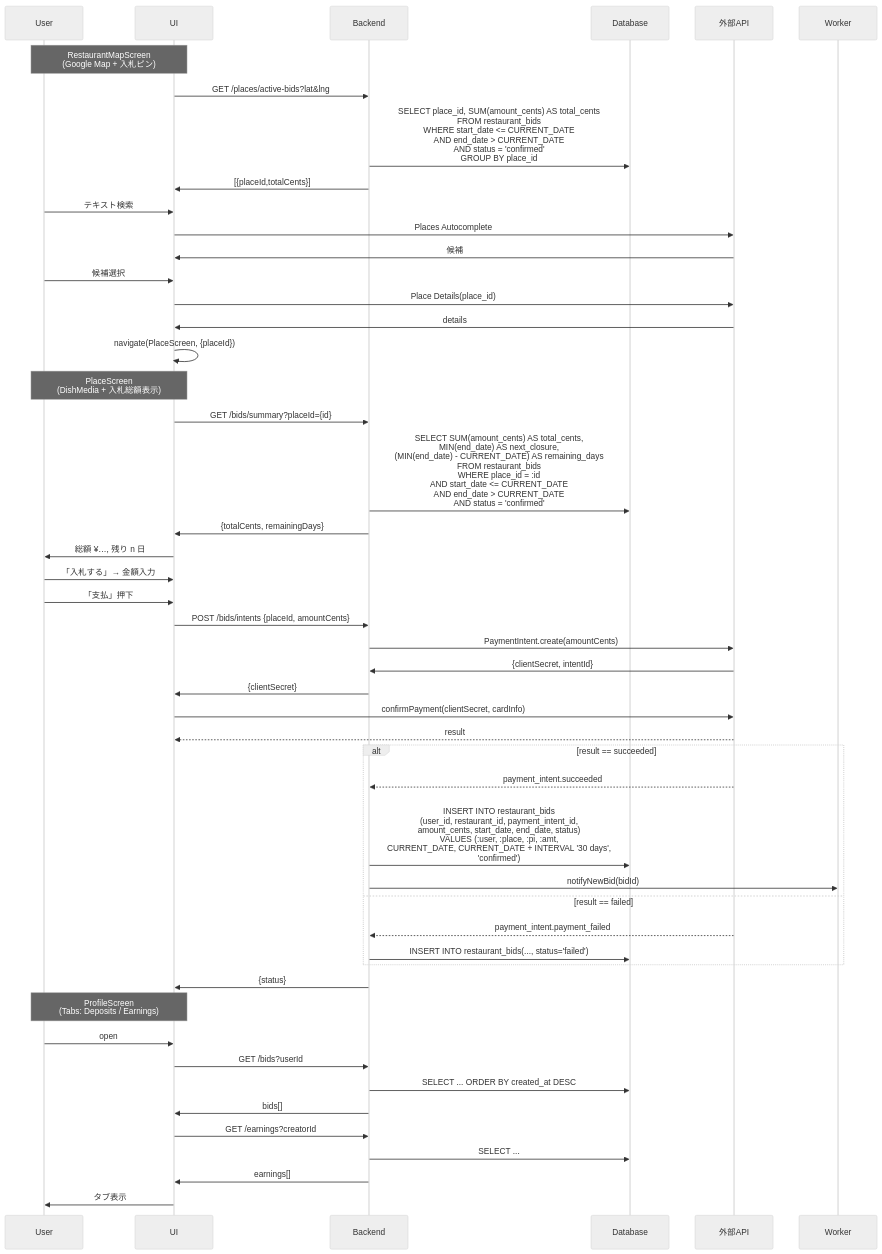
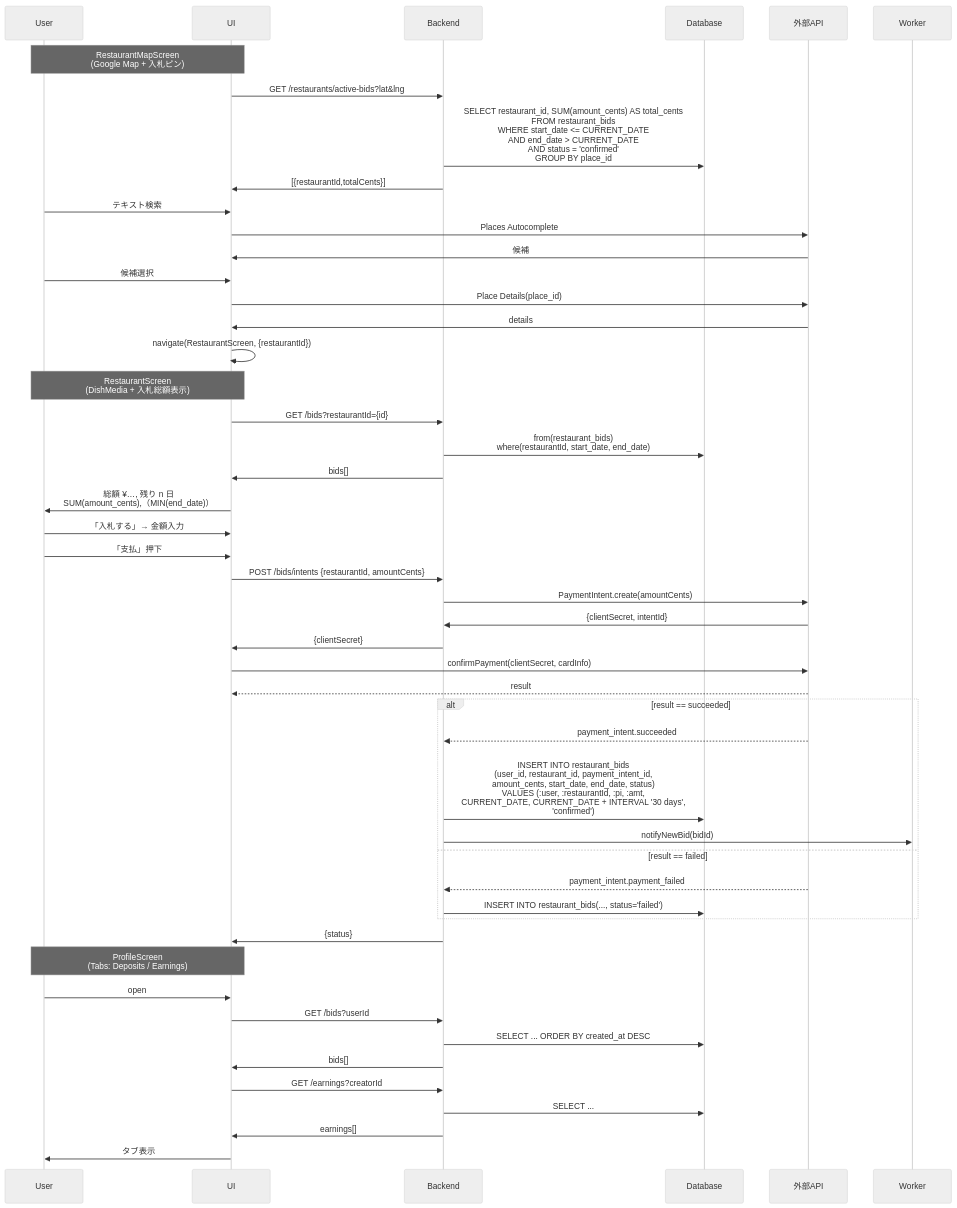
One commit to Ayato-kosaka/nanitabeyo changed the diagram in docs/sequence/ads_bidding.mmd. Above: the diagram before and after it, drawn with Mermaid (neutral theme). The commit also changed 4 other files, not shown here.

```diff
--- a/docs/sequence/ads_bidding.mmd
+++ b/docs/sequence/ads_bidding.mmd
@@ -1,60 +1,60 @@
 sequenceDiagram
     participant User
     participant UI
     participant Backend
     participant Database
     %% (Stripe / Google Places)
     participant ExternalAPI as 外部API  
     %% BullMQ / queue
     participant Worker     
 %% ─────────────────────────────────────────────────────────────────────────
     Note over User,UI: RestaurantMapScreen<br>(Google Map + 入札ピン)
-    UI ->> Backend: GET /places/active-bids?lat&lng
-        Backend ->> Database: SELECT place_id, SUM(amount_cents) AS total_cents<br>FROM restaurant_bids<br>WHERE start_date <= CURRENT_DATE<br>AND end_date   >  CURRENT_DATE<br>AND status = 'confirmed'<br>GROUP BY place_id;
-        Backend ->> UI: [{placeId,totalCents}]
+    UI ->> Backend: GET /restaurants/active-bids?lat&lng
+        Backend ->> Database: SELECT restaurant_id, SUM(amount_cents) AS total_cents<br>FROM restaurant_bids<br>WHERE start_date <= CURRENT_DATE<br>AND end_date   >  CURRENT_DATE<br>AND status = 'confirmed'<br>GROUP BY place_id;
+        Backend ->> UI: [{restaurantId,totalCents}]
     User ->> UI: テキスト検索
         UI ->> ExternalAPI: Places Autocomplete
             ExternalAPI ->> UI: 候補
     User ->> UI: 候補選択
         UI ->> ExternalAPI: Place Details(place_id)
             ExternalAPI ->> UI: details
-        UI ->> UI: navigate(PlaceScreen, {placeId})
+        UI ->> UI: navigate(RestaurantScreen, {restaurantId})
 
 %% ─────────────────────────────────────────────────────────────
-    Note over User,UI: PlaceScreen<br>(DishMedia + 入札総額表示)
-    UI ->> Backend: GET /bids/summary?placeId={id}
-        Backend ->> Database: SELECT SUM(amount_cents)  AS total_cents,<br>MIN(end_date)      AS next_closure,<br>(MIN(end_date) - CURRENT_DATE) AS remaining_days<br>FROM restaurant_bids<br>WHERE place_id = :id<br>AND start_date <= CURRENT_DATE<br>AND end_date   >  CURRENT_DATE<br>AND status = 'confirmed';
-        Backend ->> UI: {totalCents, remainingDays}
-        UI ->> User: 総額 ¥…, 残り n 日
+    Note over User,UI: RestaurantScreen<br>(DishMedia + 入札総額表示)
+        UI ->> Backend: GET /bids?restaurantId={id}
+            Backend ->> Database: from(restaurant_bids)<br>where(restaurantId, start_date, end_date);
+            Backend ->> UI: bids[]
+        UI ->> User: 総額 ¥…, 残り n 日<br>SUM(amount_cents),（MIN(end_date)）
     User ->> UI: 「入札する」→ 金額入力
     User ->> UI: 「支払」押下
         %% PaymentIntent 発行
-        UI ->> Backend: POST /bids/intents {placeId, amountCents}
+        UI ->> Backend: POST /bids/intents {restaurantId, amountCents}
             Backend ->> ExternalAPI: PaymentIntent.create(amountCents)
                 ExternalAPI ->> Backend: {clientSecret, intentId}
             Backend ->> UI: {clientSecret}
         %% カード決済
         UI ->> ExternalAPI: confirmPayment(clientSecret, cardInfo)
             ExternalAPI -->> UI: result
     alt result == succeeded
         %% Stripe Webhook
         ExternalAPI -->> Backend: payment_intent.succeeded
-            Backend ->> Database: <br>INSERT INTO restaurant_bids<br>(user_id, restaurant_id, payment_intent_id,<br>amount_cents, start_date, end_date, status)<br>VALUES (:user, :place, :pi, :amt,<br>CURRENT_DATE, CURRENT_DATE + INTERVAL '30 days',<br>'confirmed');
+            Backend ->> Database: <br>INSERT INTO restaurant_bids<br>(user_id, restaurant_id, payment_intent_id,<br>amount_cents, start_date, end_date, status)<br>VALUES (:user, :restaurantId, :pi, :amt,<br>CURRENT_DATE, CURRENT_DATE + INTERVAL '30 days',<br>'confirmed');
             %% 通知キュー
             Backend ->> Worker: notifyNewBid(bidId)
     else result == failed
         ExternalAPI -->> Backend: payment_intent.payment_failed
             Backend ->> Database: INSERT INTO restaurant_bids(..., status='failed')
     end
     Backend ->> UI: {status}
 
 %% ─────────────────────────────────────────────────────────────
     Note over User,UI: ProfileScreen<br>(Tabs: Deposits / Earnings)
     User ->> UI: open
         UI ->> Backend: GET /bids?userId
             Backend ->> Database: SELECT ... ORDER BY created_at DESC
             Backend ->> UI: bids[]
         UI ->> Backend: GET /earnings?creatorId
             Backend ->> Database: SELECT ...
             Backend ->> UI: earnings[]
         UI ->> User: タブ表示
```
